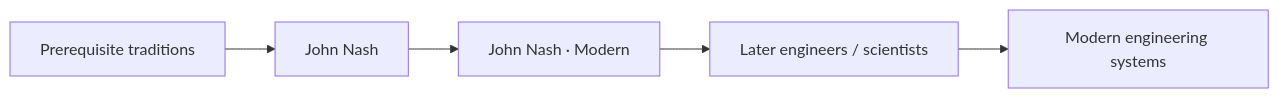
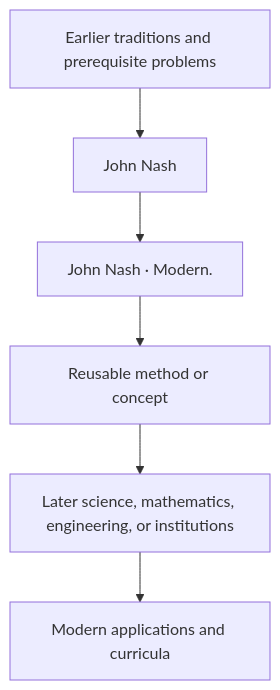
Before and after one commit to via-decide/ViaLogic: the diagram in docs/history/john-nash/influence.md, drawn with Mermaid. The commit also changed other lines of this file and 858 other files, not shown here.

````diff
--- a/docs/history/john-nash/influence.md
+++ b/docs/history/john-nash/influence.md
@@ -29,7 +16,8 @@
 ```mermaid
-graph LR
-  prerequisites["Prerequisite traditions"] --> current["John Nash"]
-  current --> contribution["John Nash · Modern"]
-  contribution --> successors["Later engineers / scientists"]
-  successors --> modern["Modern engineering systems"]
+graph TD
+  Prior[Earlier traditions and prerequisite problems] --> Person[John Nash]
+  Person --> Contribution[John Nash · Modern.]
+  Contribution --> Method[Reusable method or concept]
+  Method --> Later[Later science, mathematics, engineering, or institutions]
+  Later --> Modern[Modern applications and curricula]
 ```
````
